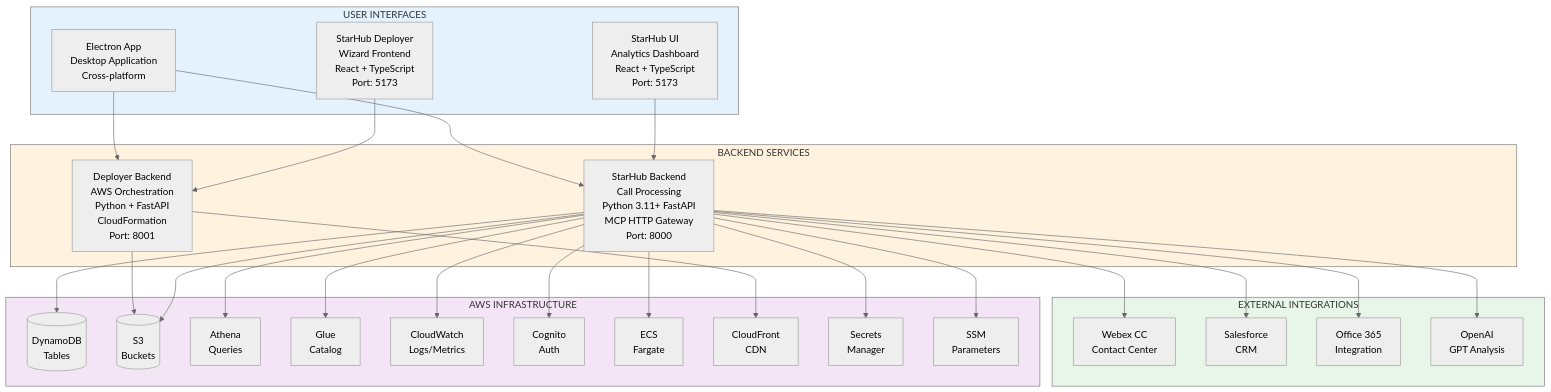
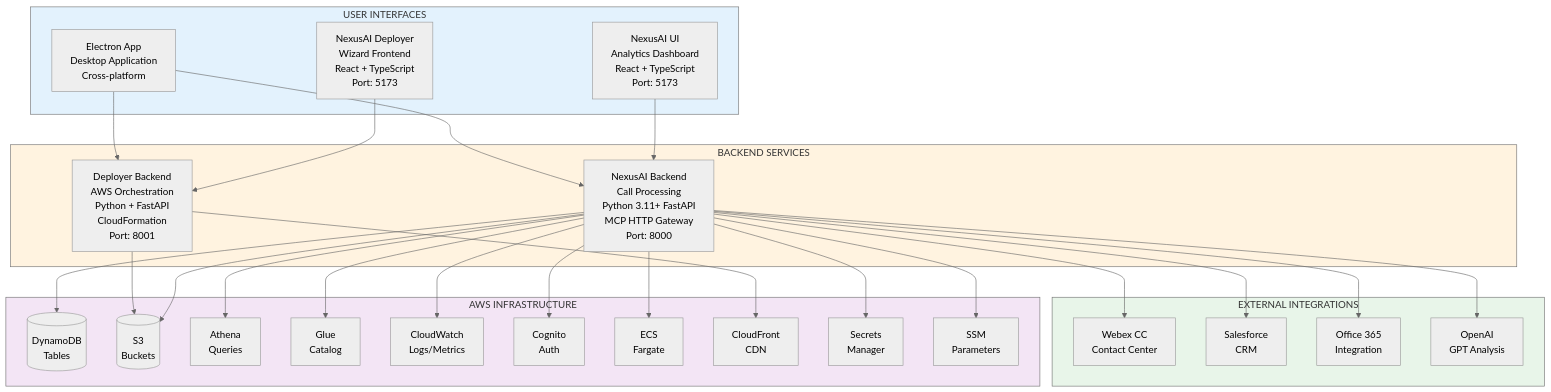
One commit to nexusdataai/nexus-docs changed the second of 4 diagrams in docs/platform-architecture.md. Above: the diagram before and after it, drawn with Mermaid (neutral theme). The commit also changed other lines of this file and 263 other files, not shown here.

First line of the commit message:
Rebrand documentation from Totogi CallSense to NexusAI Data Platform

````diff
--- a/docs/platform-architecture.md
+++ b/docs/platform-architecture.md
@@ -52,61 +52,61 @@
 ```mermaid
 graph TB
     subgraph UI["USER INTERFACES"]
-        UI1[StarHub UI<br/>Analytics Dashboard<br/>React + TypeScript<br/>Port: 5173]
-        UI2[StarHub Deployer<br/>Wizard Frontend<br/>React + TypeScript<br/>Port: 5173]
+        UI1[NexusAI UI<br/>Analytics Dashboard<br/>React + TypeScript<br/>Port: 5173]
+        UI2[NexusAI Deployer<br/>Wizard Frontend<br/>React + TypeScript<br/>Port: 5173]
         UI3[Electron App<br/>Desktop Application<br/>Cross-platform]
     end
     
     subgraph Backend["BACKEND SERVICES"]
-        BE1[StarHub Backend<br/>Call Processing<br/>Python 3.11+ FastAPI<br/>MCP HTTP Gateway<br/>Port: 8000]
+        BE1[NexusAI Backend<br/>Call Processing<br/>Python 3.11+ FastAPI<br/>MCP HTTP Gateway<br/>Port: 8000]
         BE2[Deployer Backend<br/>AWS Orchestration<br/>Python + FastAPI<br/>CloudFormation<br/>Port: 8001]
     end
     
     subgraph AWS["AWS INFRASTRUCTURE"]
         DB[(DynamoDB<br/>Tables)]
         S3[(S3<br/>Buckets)]
         ATH[Athena<br/>Queries]
         GLUE[Glue<br/>Catalog]
         CW[CloudWatch<br/>Logs/Metrics]
         COG[Cognito<br/>Auth]
         ECS[ECS<br/>Fargate]
         CF[CloudFront<br/>CDN]
         SM[Secrets<br/>Manager]
         SSM[SSM<br/>Parameters]
     end
     
     subgraph EXT["EXTERNAL INTEGRATIONS"]
         WX[Webex CC<br/>Contact Center]
         SF[Salesforce<br/>CRM]
         O365[Office 365<br/>Integration]
         AI[OpenAI<br/>GPT Analysis]
     end
     
     UI1 --> BE1
     UI2 --> BE2
     UI3 --> BE1
     UI3 --> BE2
     
     BE1 --> DB
     BE1 --> S3
     BE1 --> ATH
     BE1 --> GLUE
     BE1 --> CW
     BE1 --> COG
     BE1 --> ECS
     BE1 --> SM
     BE1 --> SSM
     
     BE2 --> CF
     BE2 --> S3
     
     BE1 --> WX
     BE1 --> SF
     BE1 --> O365
     BE1 --> AI
     
     style UI fill:#e3f2fd
     style Backend fill:#fff3e0
     style AWS fill:#f3e5f5
     style EXT fill:#e8f5e9
 ```
````
